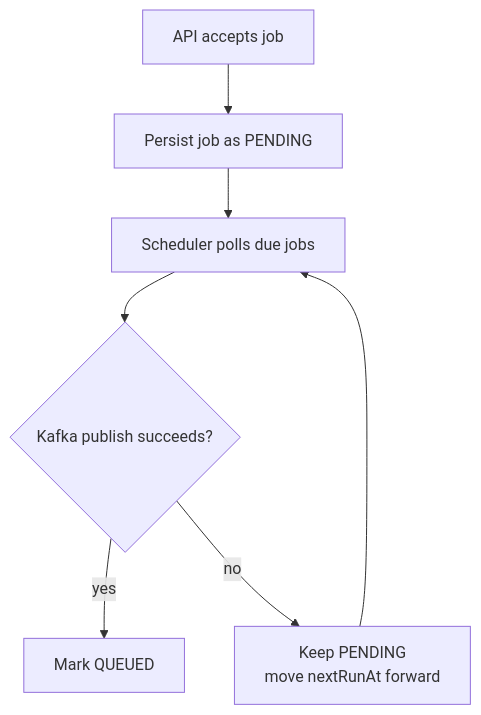
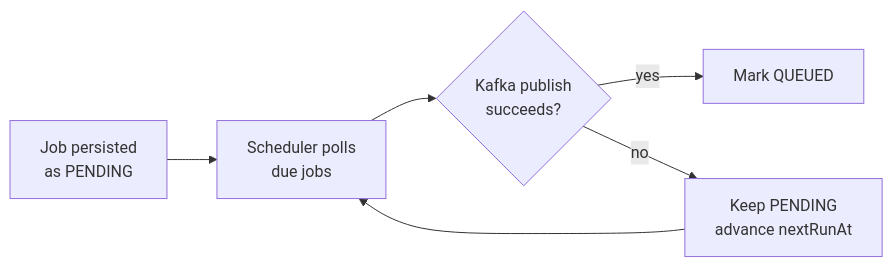
One commit to harshithrao07/distributed-scheduler changed the eighth of 10 diagrams in Readme.md. Above: the diagram before and after it, drawn with Mermaid. The commit also changed other lines of this file, not shown here.

````diff
--- a/Readme.md
+++ b/Readme.md
@@ -176,9 +239,8 @@
 ```mermaid
-flowchart TD
-    api["API accepts job"] --> db["Persist job as PENDING"]
-    db --> scheduler["Scheduler polls due jobs"]
-    scheduler --> kafka{"Kafka publish succeeds?"}
-    kafka -->|yes| queued["Mark QUEUED"]
-    kafka -->|no| retry["Keep PENDING<br/>move nextRunAt forward"]
-    retry --> scheduler
+flowchart LR
+    A["Job persisted<br/>as PENDING"] --> B["Scheduler polls<br/>due jobs"]
+    B --> C{"Kafka publish<br/>succeeds?"}
+    C -->|yes| D["Mark QUEUED"]
+    C -->|no| E["Keep PENDING<br/>advance nextRunAt"]
+    E --> B
 ```
````
